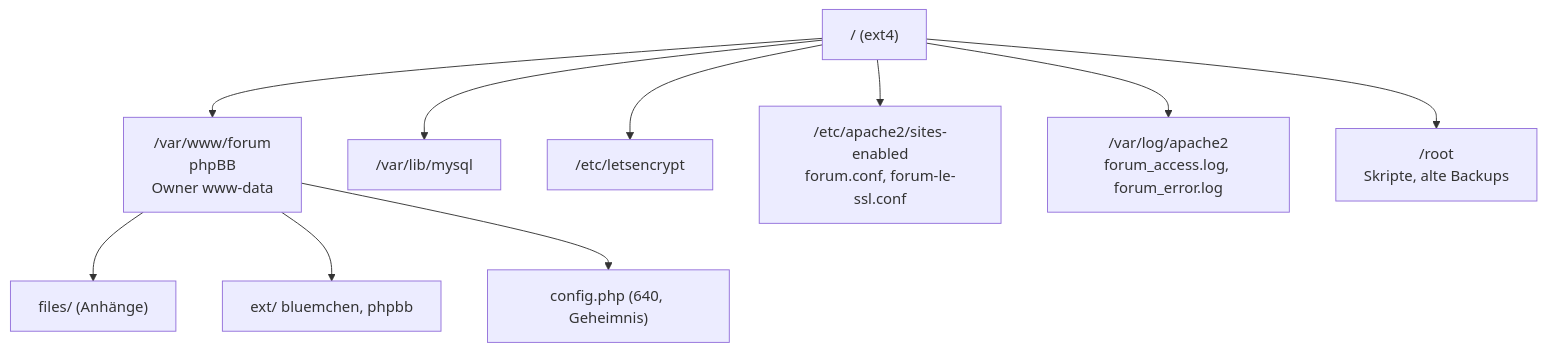
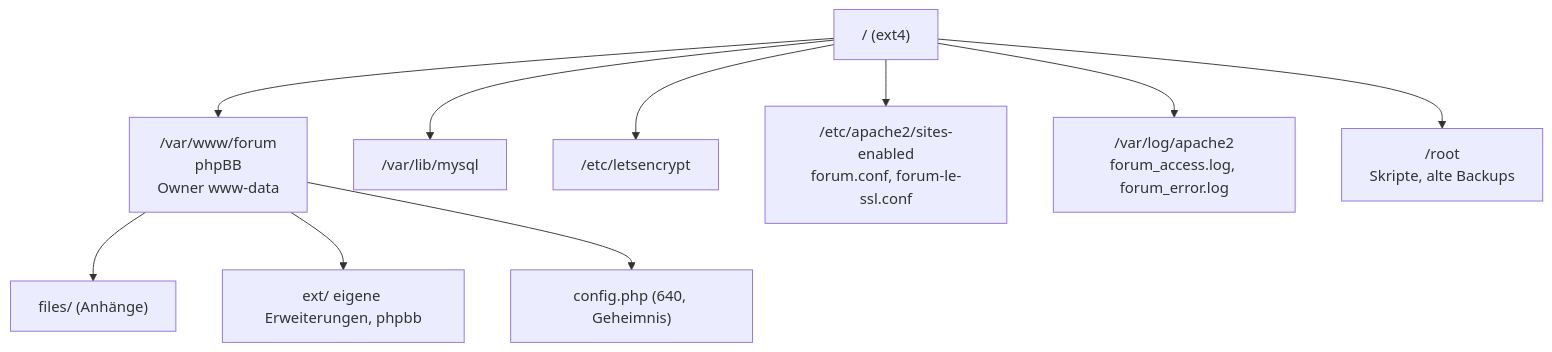
One commit to AnThi2022/bp-server-doku-public changed the sixth of 6 diagrams in docs/01-architektur.md. Above: the diagram before and after it, drawn with Mermaid. The commit also changed other lines of this file and 4 other files, not shown here.

````diff
--- a/docs/01-architektur.md
+++ b/docs/01-architektur.md
@@ -121,13 +121,13 @@
 ```mermaid
 flowchart TB
     ROOT["/ (ext4)"]
     ROOT --> WWW["/var/www/forum<br/>phpBB<br/>Owner www-data"]
     ROOT --> DBD["/var/lib/mysql"]
     ROOT --> LEC["/etc/letsencrypt"]
     ROOT --> APC["/etc/apache2/sites-enabled<br/>forum.conf, forum-le-ssl.conf"]
     ROOT --> LOG["/var/log/apache2<br/>forum_access.log, forum_error.log"]
     ROOT --> RT["/root<br/>Skripte, alte Backups"]
     WWW --> FILES["files/ (Anhänge)"]
-    WWW --> EXT["ext/ bluemchen, phpbb"]
+    WWW --> EXT["ext/ eigene Erweiterungen, phpbb"]
     WWW --> CFG["config.php (640, Geheimnis)"]
 ```
````
